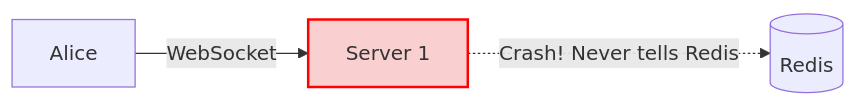
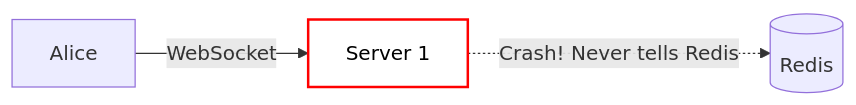
Before and after one commit to MohdMusaiyab/system-design: the third of 7 diagrams in Real_Time_Backend/11_Presence_System.md, drawn with Mermaid. The commit also changed other lines of this file and 8 other files, not shown here.

````diff
--- a/Real_Time_Backend/11_Presence_System.md
+++ b/Real_Time_Backend/11_Presence_System.md
@@ -91,6 +91,6 @@
 ```mermaid
 flowchart LR
     Alice -->|WebSocket| S1["Server 1"]
-    style S1 fill:#f9cfcf,stroke:#ff0000,stroke-width:2px
+    style S1 fill:#ffffff,stroke:#ff0000,color:#000000,stroke-width:2px
     S1 -.->|Crash! Never tells Redis| Redis[(Redis)]
 ```
````
